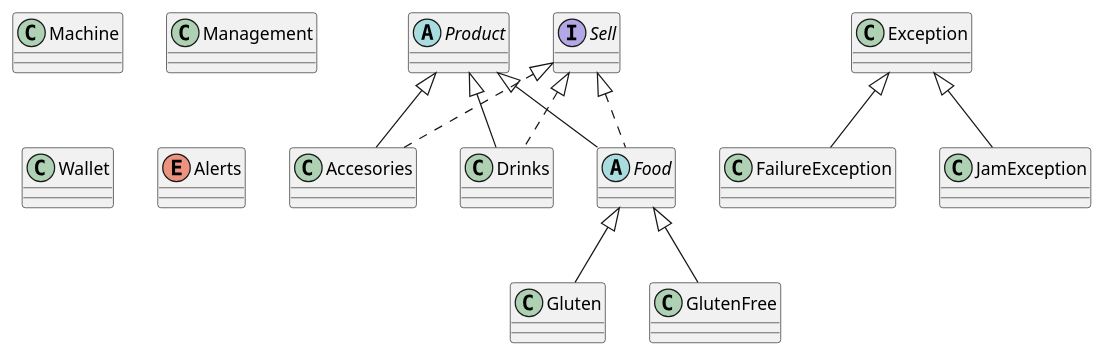
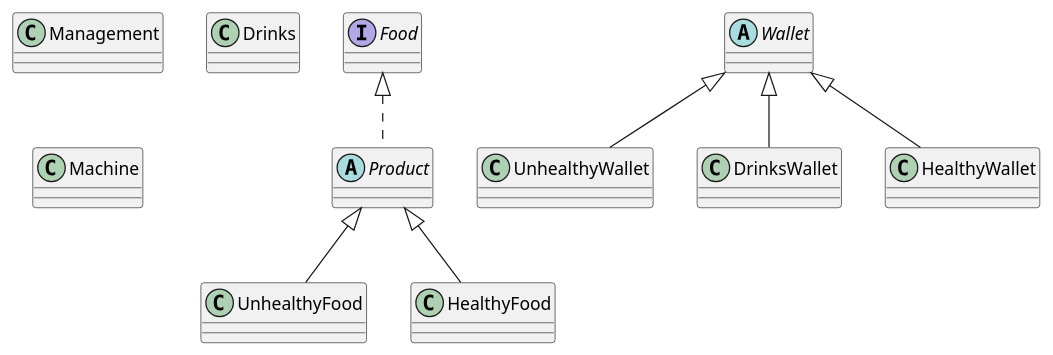
One commit to Jorgeog25/Maquina-Expendedora changed the diagram in out/production/MaquinaExpendedora/main/docs/MaquinaExpendedora.puml. Above: the diagram before and after it, drawn with PlantUML. The commit also changed 19 other files, not shown here.

```diff
--- a/out/production/MaquinaExpendedora/main/docs/MaquinaExpendedora.puml
+++ b/out/production/MaquinaExpendedora/main/docs/MaquinaExpendedora.puml
@@ -1,31 +1,19 @@
 @startuml
-class Accesories extends Product implements Sell{
-}
-class Drinks extends Product implements Sell{
-}
-abstract Food extends Product implements Sell{
-}
-class Gluten extends Food{
-}
-class GlutenFree extends Food{
-}
-class Machine{
-}
-class Management{
-}
-abstract Product{
-}
-class Wallet{
-}
-interface Sell{
-}
-enum Alerts{
-}
-class FailureException extends Exception{
-}
-class JamException extends Exception{
-}
+class Management{}
+class UnhealthyFood extends Product{}
+class UnhealthyWallet extends Wallet{}
+class Drinks{}
+class DrinksWallet extends Wallet{}
+abstract Wallet{}
+abstract class Product implements Food{}
+class HealthyFood extends Product{}
+class HealthyWallet extends Wallet{}
+class Machine{}
+interface Food{}
+
+
+
 
 
 
 @enduml
```
